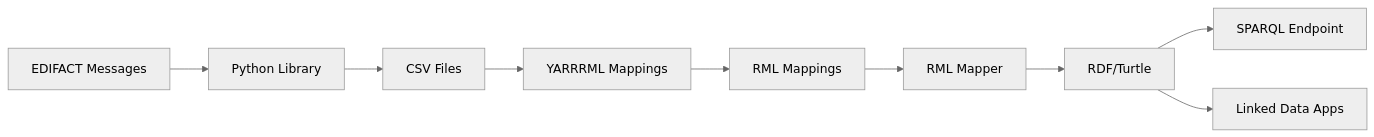
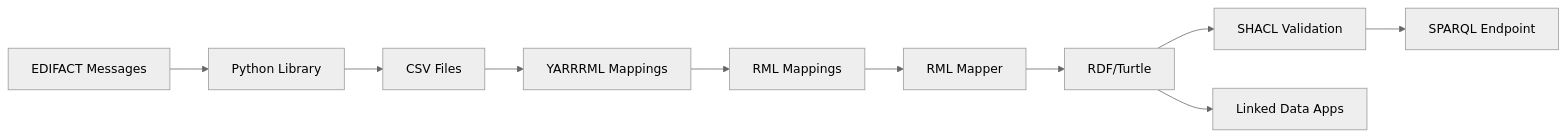
One commit to gatemezing/merits-edifact changed the diagram in yarrrml-mappings/README.md. Above: the diagram before and after it, drawn with Mermaid (neutral theme). The commit also changed other lines of this file, not shown here.

````diff
--- a/yarrrml-mappings/README.md
+++ b/yarrrml-mappings/README.md
@@ -130,11 +243,12 @@
 ```mermaid
 graph LR
     A[EDIFACT Messages] --> B[Python Library]
     B --> C[CSV Files]
     C --> D[YARRRML Mappings]
     D --> E[RML Mappings]
     E --> F[RML Mapper]
     F --> G[RDF/Turtle]
-    G --> H[SPARQL Endpoint]
-    G --> I[Linked Data Apps]
+    G --> H[SHACL Validation]
+    H --> I[SPARQL Endpoint]
+    G --> J[Linked Data Apps]
 ```
````
